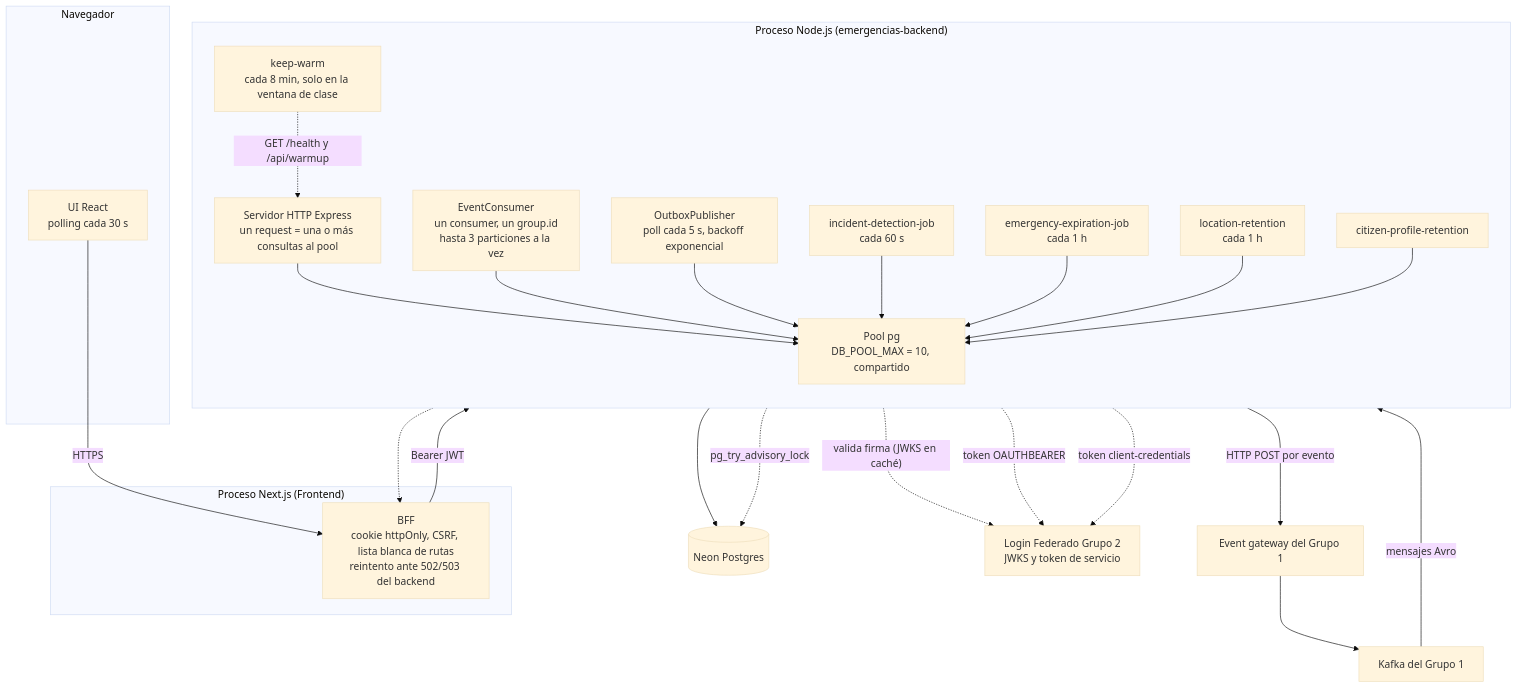
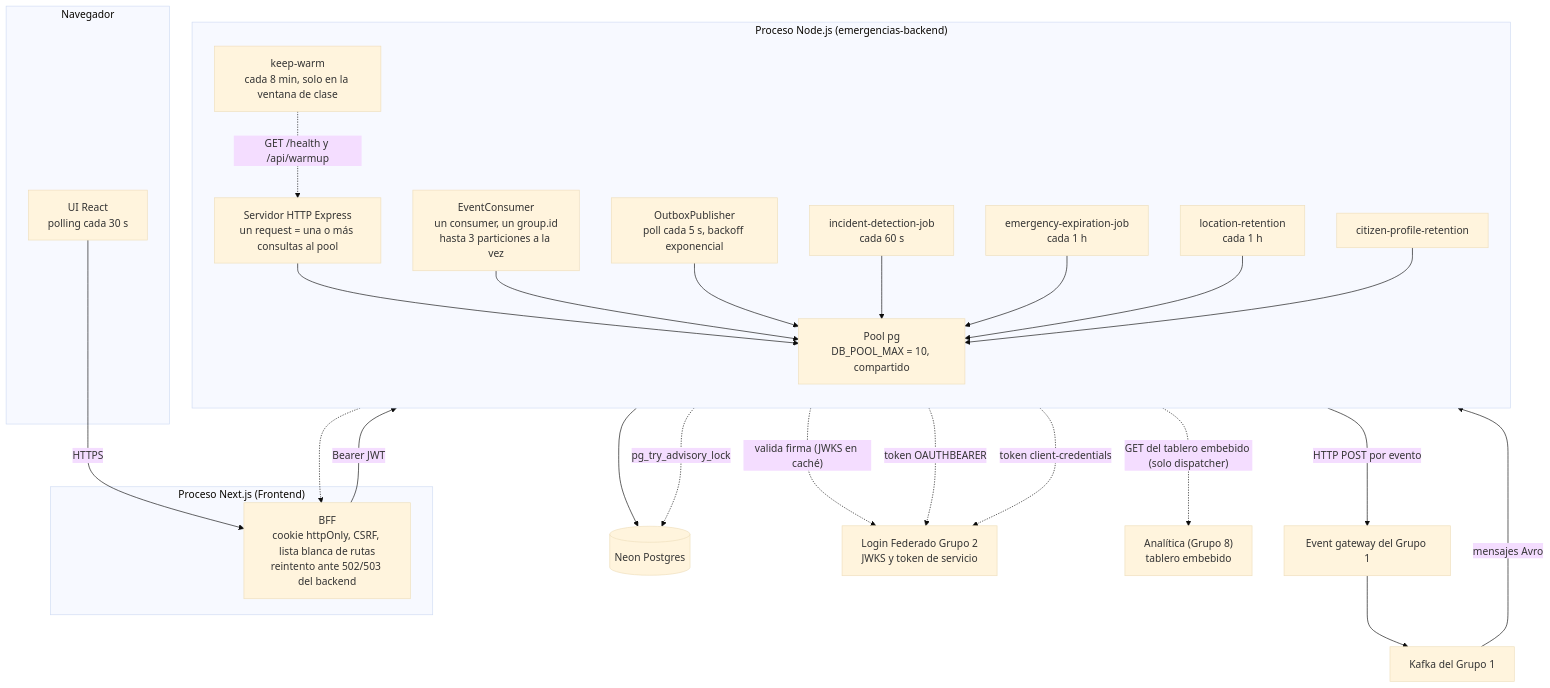
One commit to G6D2/emergencias-backend changed the second of 4 diagrams in docs/diagramas/09-vista-4+1.md. Above: the diagram before and after it, drawn with Mermaid (base theme). The commit also changed other lines of this file and 1 other file, not shown here.

First line of the commit message:
docs(diagramas): alerta climática y tablero de Analítica en arquitectura y 4+1

````diff
--- a/docs/diagramas/09-vista-4+1.md
+++ b/docs/diagramas/09-vista-4+1.md
@@ -148,49 +148,51 @@
 ```mermaid
 flowchart TB
     subgraph browser["Navegador"]
         ui["UI React<br/>polling cada 30 s"]
     end
 
     subgraph feProc["Proceso Next.js (Frontend)"]
         bff["BFF<br/>cookie httpOnly, CSRF, lista blanca de rutas<br/>reintento ante 502/503 del backend"]
     end
 
     subgraph beProc["Proceso Node.js (emergencias-backend)"]
         direction TB
         http["Servidor HTTP Express<br/>un request = una o más consultas al pool"]
         consumer["EventConsumer<br/>un consumer, un group.id<br/>hasta 3 particiones a la vez"]
         outbox["OutboxPublisher<br/>poll cada 5 s, backoff exponencial"]
         incid["incident-detection-job<br/>cada 60 s"]
         expira["emergency-expiration-job<br/>cada 1 h"]
         retUbi["location-retention<br/>cada 1 h"]
         retPii["citizen-profile-retention"]
         warm["keep-warm<br/>cada 8 min, solo en la ventana de clase"]
         pool["Pool pg<br/>DB_POOL_MAX = 10, compartido"]
     end
 
     db[("Neon Postgres")]
     kafka["Kafka del Grupo 1"]
     gw["Event gateway del Grupo 1"]
     idp["Login Federado Grupo 2<br/>JWKS y token de servicio"]
+    anaP["Analítica (Grupo 8)<br/>tablero embebido"]
 
     ui -->|HTTPS| bff
     bff -->|"Bearer JWT"| http
     http --> pool
     consumer --> pool
     outbox --> pool
     incid --> pool
     expira --> pool
     retUbi --> pool
     retPii --> pool
     pool --> db
 
     kafka -->|"mensajes Avro"| consumer
     outbox -->|"HTTP POST por evento"| gw
     gw --> kafka
     http -.->|"valida firma (JWKS en caché)"| idp
+    http -.->|"GET del tablero embebido (solo dispatcher)"| anaP
     consumer -.->|"token OAUTHBEARER"| idp
     outbox -.->|"token client-credentials"| idp
     incid -.->|"pg_try_advisory_lock"| db
     warm -.->|"GET /health y /api/warmup"| http
     warm -.-> bff
 ```
````
